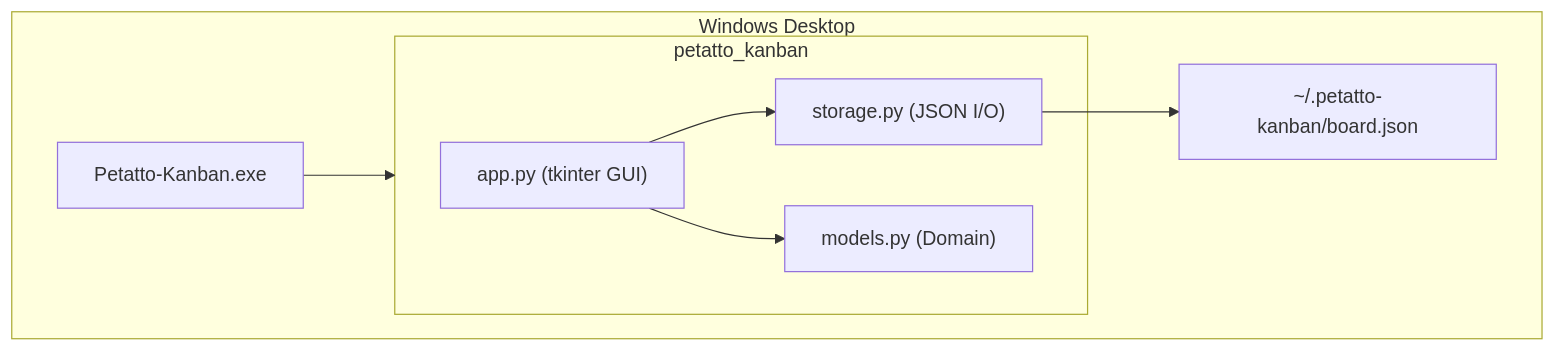
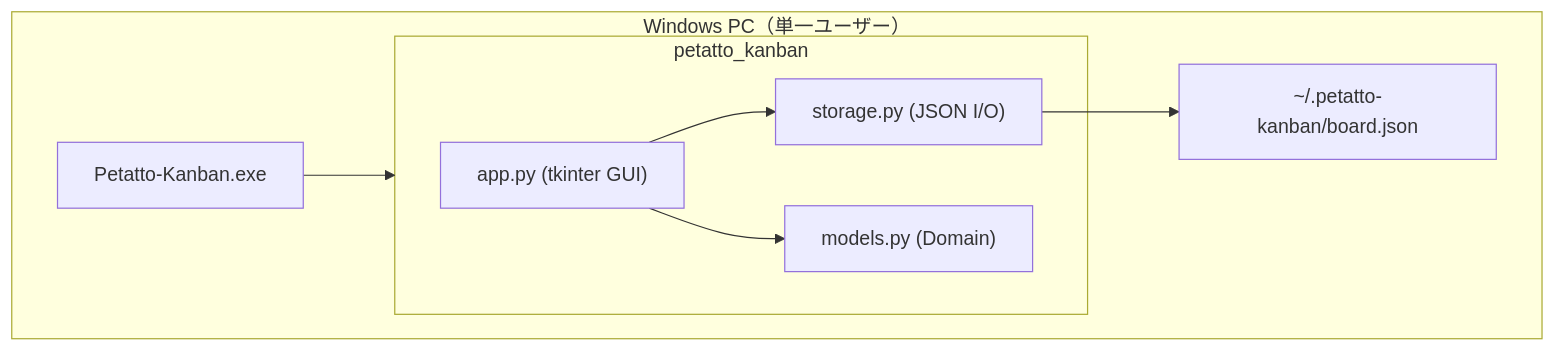
The diagram in docs/spec/09-architecture.md (suzuki-hidehito66/Petatto-Kanban), drawn with Mermaid before and after one commit. The commit also changed other lines of this file and 10 other files, not shown here.

````diff
--- a/docs/spec/09-architecture.md
+++ b/docs/spec/09-architecture.md
@@ -12,16 +15,16 @@
 ```mermaid
 flowchart TB
-    subgraph Desktop["Windows Desktop"]
+    subgraph Desktop["Windows PC（単一ユーザー）"]
         EXE["Petatto-Kanban.exe"]
         subgraph App["petatto_kanban"]
             UI["app.py (tkinter GUI)"]
             Models["models.py (Domain)"]
             Storage["storage.py (JSON I/O)"]
         end
         JSON["~/.petatto-kanban/board.json"]
     end
     EXE --> App
     Storage --> JSON
     UI --> Models
     UI --> Storage
 ```
````
